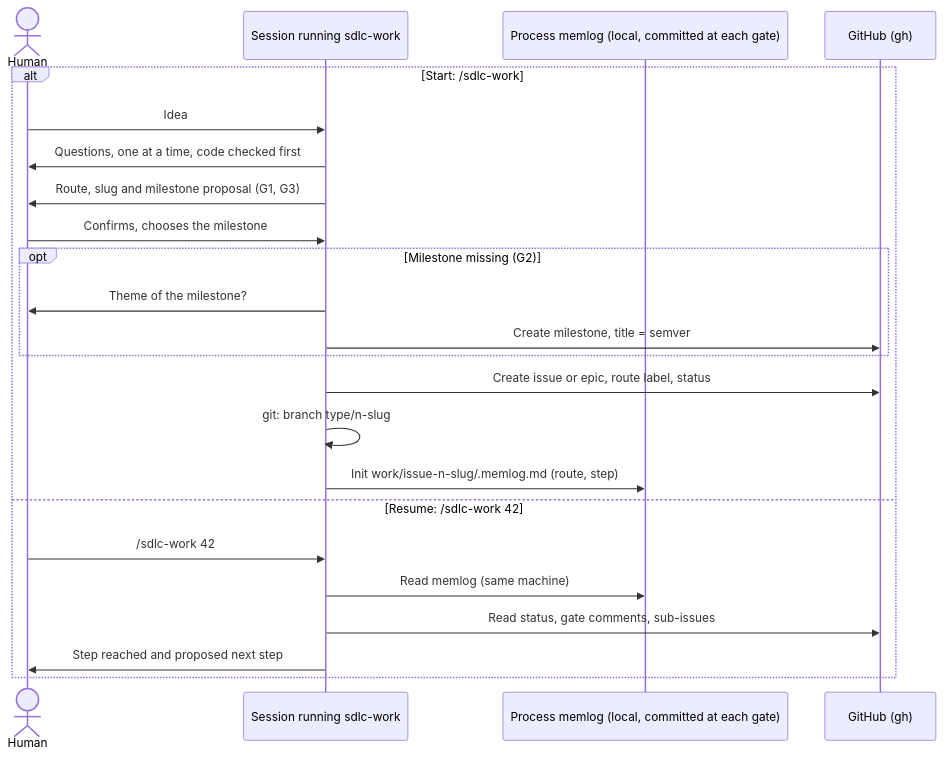
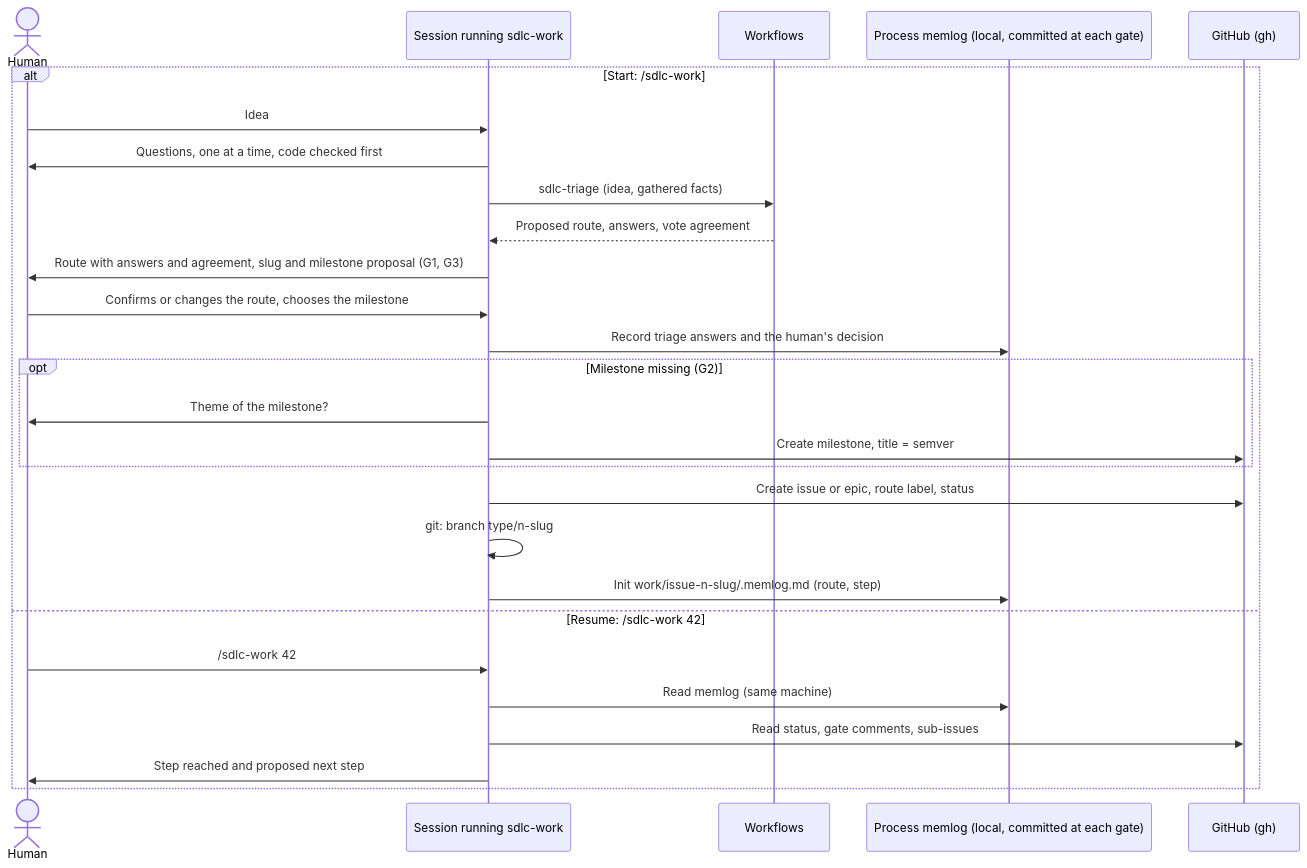
The first of 4 diagrams in _bmad-output/brainstorming/brainstorm-sdlc-local-workflow-2026-10-16/sequence-long-process.md (mathieubodin/scaleway-manager), drawn with Mermaid before and after one commit. The commit also changed other lines of this file and 1 other file, not shown here.

Commit message:
docs(process): triage and spec-lint by atomic questions with votes
Adopt the System One method (atomic typed questions, combination in
code, uncertainty signal) without the Jev model: new sdlc-triage
workflow, spec-lint becomes the sdlc-spec-lint workflow.

Refs: #2

Claude-Session: b0833aac
Claude-Tokens-Delta: 467407
Claude-Tokens-Total: 1250467

````diff
--- a/_bmad-output/brainstorming/brainstorm-sdlc-local-workflow-2026-10-16/sequence-long-process.md
+++ b/_bmad-output/brainstorming/brainstorm-sdlc-local-workflow-2026-10-16/sequence-long-process.md
@@ -26,26 +26,30 @@
 ```mermaid
 sequenceDiagram
     actor H as Human
     participant W as Session running sdlc-work
+    participant F as Workflows
     participant M as Process memlog (local, committed at each gate)
     participant G as GitHub (gh)
 
     alt Start: /sdlc-work
         H->>W: Idea
         W->>H: Questions, one at a time, code checked first
-        W->>H: Route, slug and milestone proposal (G1, G3)
-        H->>W: Confirms, chooses the milestone
+        W->>F: sdlc-triage (idea, gathered facts)
+        F-->>W: Proposed route, answers, vote agreement
+        W->>H: Route with answers and agreement, slug and milestone proposal (G1, G3)
+        H->>W: Confirms or changes the route, chooses the milestone
+        W->>M: Record triage answers and the human's decision
         opt Milestone missing (G2)
             W->>H: Theme of the milestone?
             W->>G: Create milestone, title = semver
         end
         W->>G: Create issue or epic, route label, status
         W->>W: git: branch type/n-slug
         W->>M: Init work/issue-n-slug/.memlog.md (route, step)
     else Resume: /sdlc-work 42
         H->>W: /sdlc-work 42
         W->>M: Read memlog (same machine)
         W->>G: Read status, gate comments, sub-issues
         W->>H: Step reached and proposed next step
     end
 ```
````
